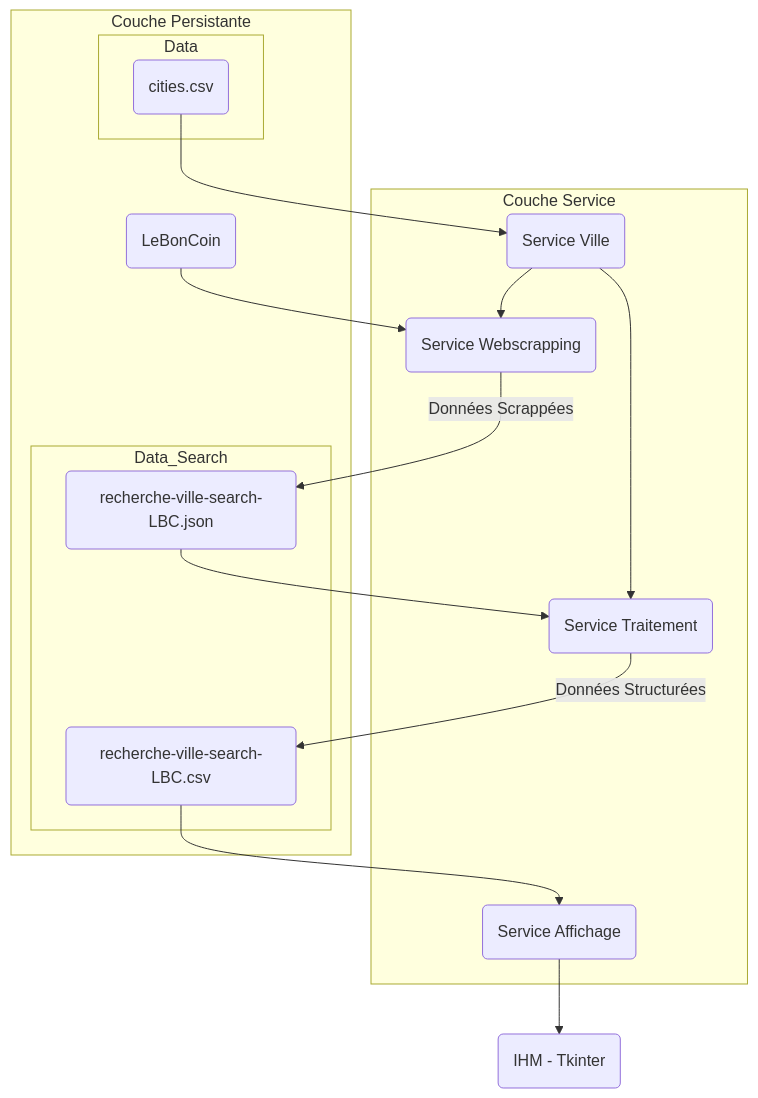
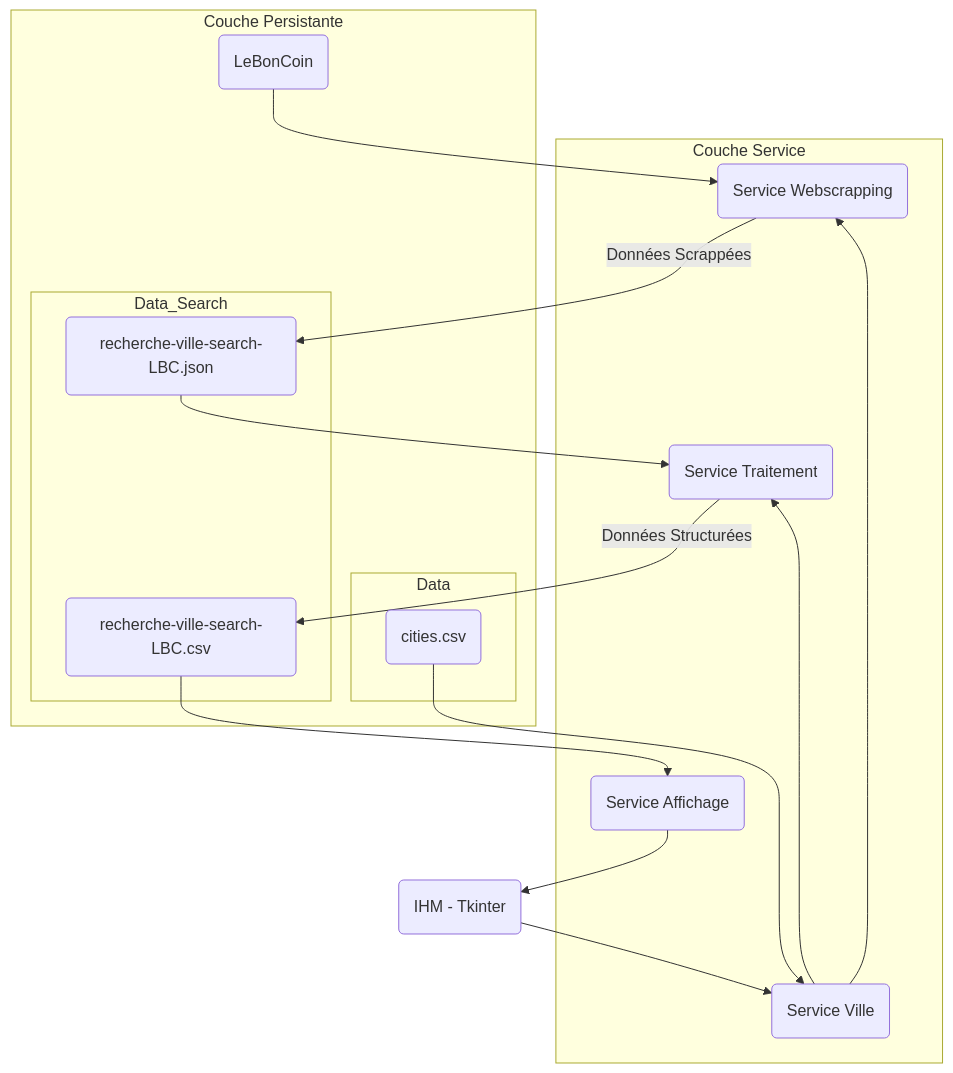
Before and after one commit to Max32x/LBC-Analyzer: the diagram in README.md, drawn with Mermaid. The commit also changed other lines of this file, not shown here.

````diff
--- a/README.md
+++ b/README.md
@@ -72,32 +76,33 @@
 ```mermaid
 graph TB
   subgraph Couche Service
     B(Service Webscrapping)
     C(Service Traitement) 
     D(Service Affichage)
     V(Service Ville)
   end
 
     subgraph Couche Persistante
     LBC(LeBonCoin)
         subgraph Data
         R(cities.csv) --> V
         end
 
     subgraph Data_Search
         S(recherche-ville-search-LBC.json)
         S2(recherche-ville-search-LBC.csv)
     end
 end
 
 LBC --> B
 
 V--> B
 V--> C
 B-->|Données Scrappées|S
 S --> C
 C -->|Données Structurées| S2
 
 S2-->D
 D--> IHM(IHM - Tkinter)
+IHM--> V
 ```
````
